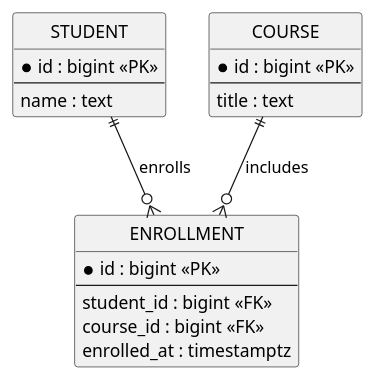
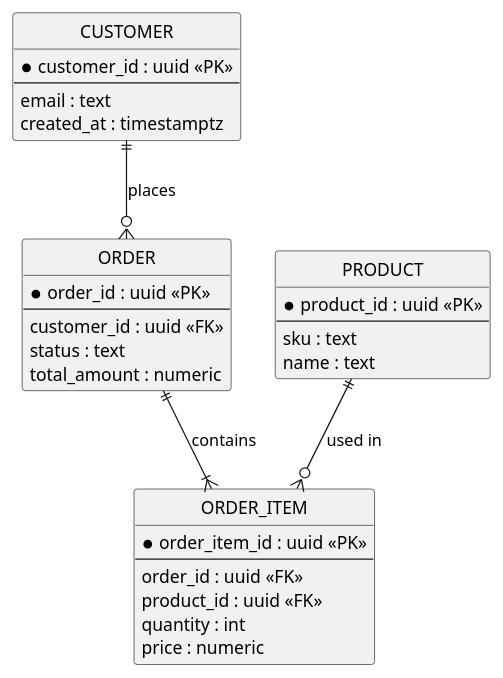
One commit to iwizy/analyst_kb changed the diagram in docs/notations/erd.md. Above: the diagram before and after it, drawn with PlantUML. The commit also changed other lines of this file and 20 other files, not shown here.

````diff
--- a/docs/notations/erd.md
+++ b/docs/notations/erd.md
@@ -50,28 +30,40 @@
 ```kroki-plantuml
 @startuml
 hide circle
 
-entity STUDENT {
-  *id : bigint <<PK>>
+entity CUSTOMER {
+  *customer_id : uuid <<PK>>
   --
+  email : text
+  created_at : timestamptz
+}
+
+entity "ORDER" as ORDER_ENTITY {
+  *order_id : uuid <<PK>>
+  --
+  customer_id : uuid <<FK>>
+  status : text
+  total_amount : numeric
+}
+
+entity ORDER_ITEM {
+  *order_item_id : uuid <<PK>>
+  --
+  order_id : uuid <<FK>>
+  product_id : uuid <<FK>>
+  quantity : int
+  price : numeric
+}
+
+entity PRODUCT {
+  *product_id : uuid <<PK>>
+  --
+  sku : text
   name : text
 }
 
-entity COURSE {
-  *id : bigint <<PK>>
-  --
-  title : text
-}
-
-entity ENROLLMENT {
-  *id : bigint <<PK>>
-  --
-  student_id : bigint <<FK>>
-  course_id : bigint <<FK>>
-  enrolled_at : timestamptz
-}
-
-STUDENT ||--o{ ENROLLMENT : enrolls
-COURSE ||--o{ ENROLLMENT : includes
+CUSTOMER ||--o{ ORDER_ENTITY : places
+ORDER_ENTITY ||--|{ ORDER_ITEM : contains
+PRODUCT ||--o{ ORDER_ITEM : used in
 @enduml
 ```
````
